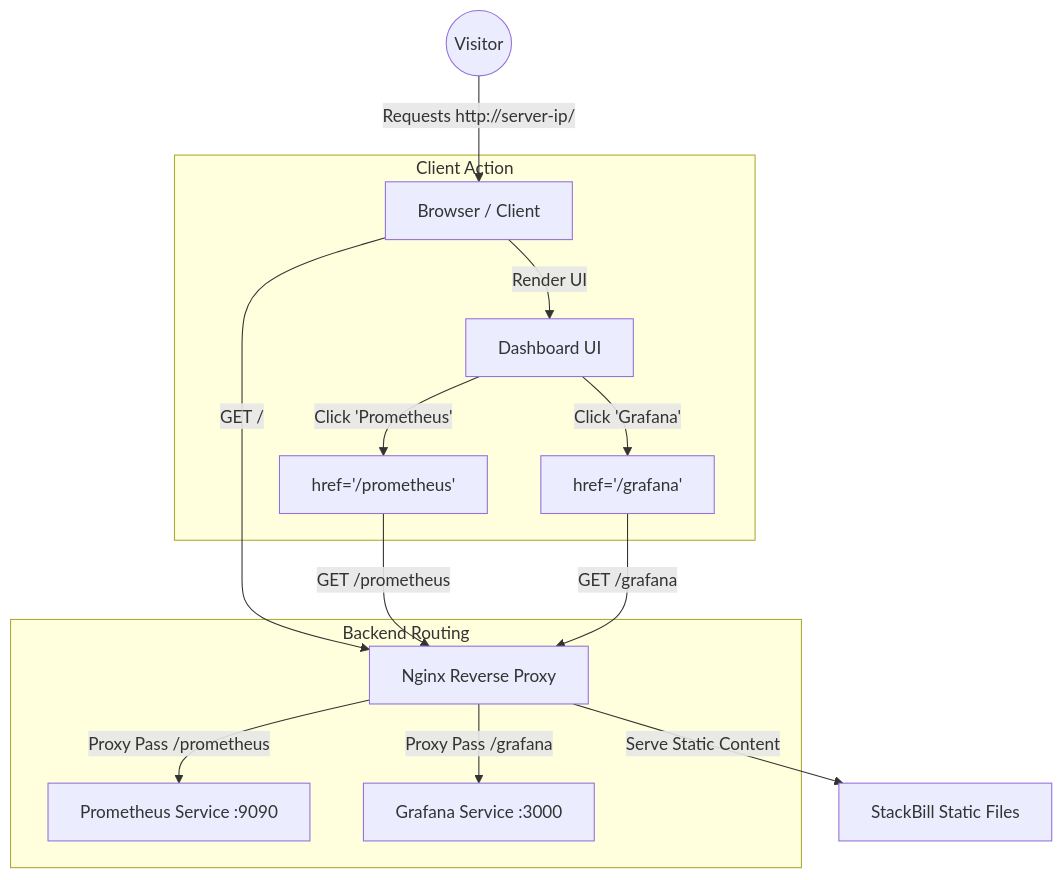
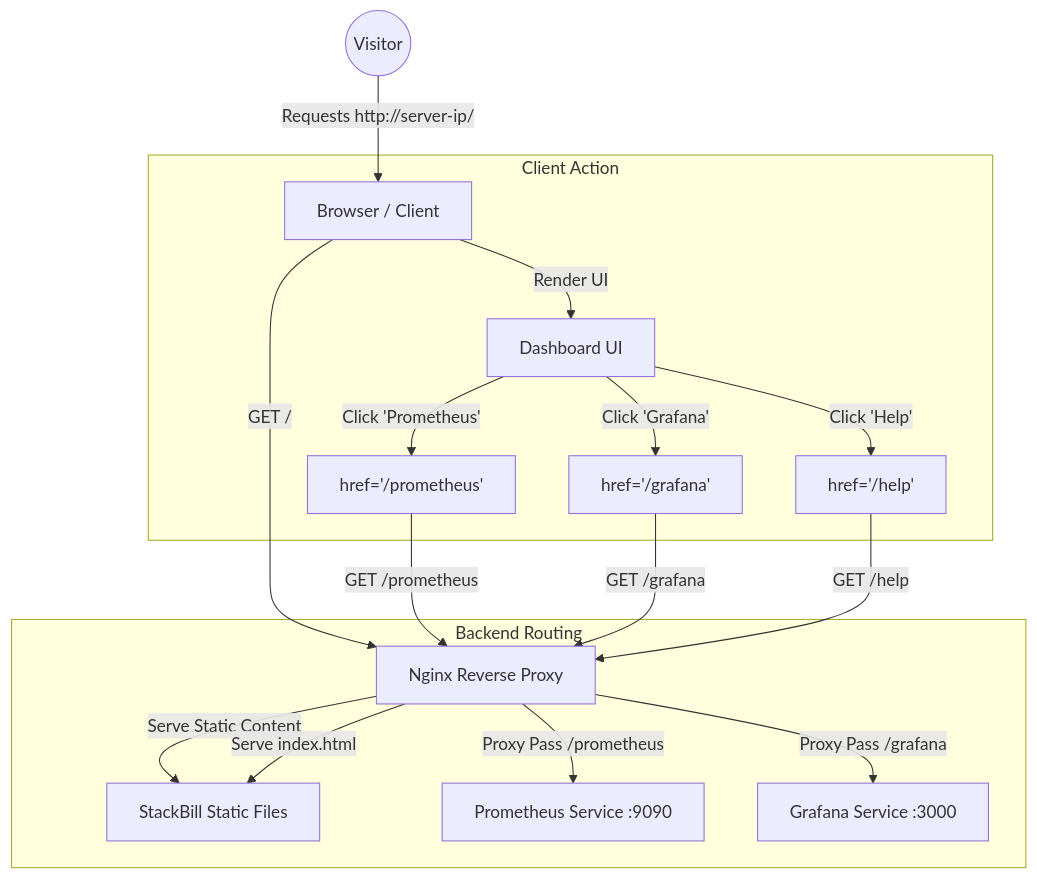
The diagram in docs/ARCHITECTURE_AND_OPS.md (vigneshvrm/stackwatch), drawn with Mermaid before and after one commit. The commit also changed other lines of this file and 31 other files, not shown here.

````diff
--- a/docs/ARCHITECTURE_AND_OPS.md
+++ b/docs/ARCHITECTURE_AND_OPS.md
@@ -63,27 +63,30 @@
 ```mermaid
 graph TD
     User((Visitor))
     Browser[Browser / Client]
     Nginx[Nginx Reverse Proxy]
     SB[StackBill Static Files]
     Prom[Prometheus Service :9090]
     Graf[Grafana Service :3000]
 
     User -->|Requests http://server-ip/| Browser
     Browser -->|GET /| Nginx
     Nginx -->|Serve Static Content| SB
     
     subgraph Client Action
     Browser -- Render UI --> UI[Dashboard UI]
     UI -- Click 'Prometheus' --> Link1[href='/prometheus']
     UI -- Click 'Grafana' --> Link2[href='/grafana']
+    UI -- Click 'Help' --> Link3[href='/help']
     end
 
     Link1 -->|GET /prometheus| Nginx
     Link2 -->|GET /grafana| Nginx
+    Link3 -->|GET /help| Nginx
 
     subgraph Backend Routing
     Nginx -- Proxy Pass /prometheus --> Prom
     Nginx -- Proxy Pass /grafana --> Graf
+    Nginx -- Serve index.html --> SB
     end
 ```
````
